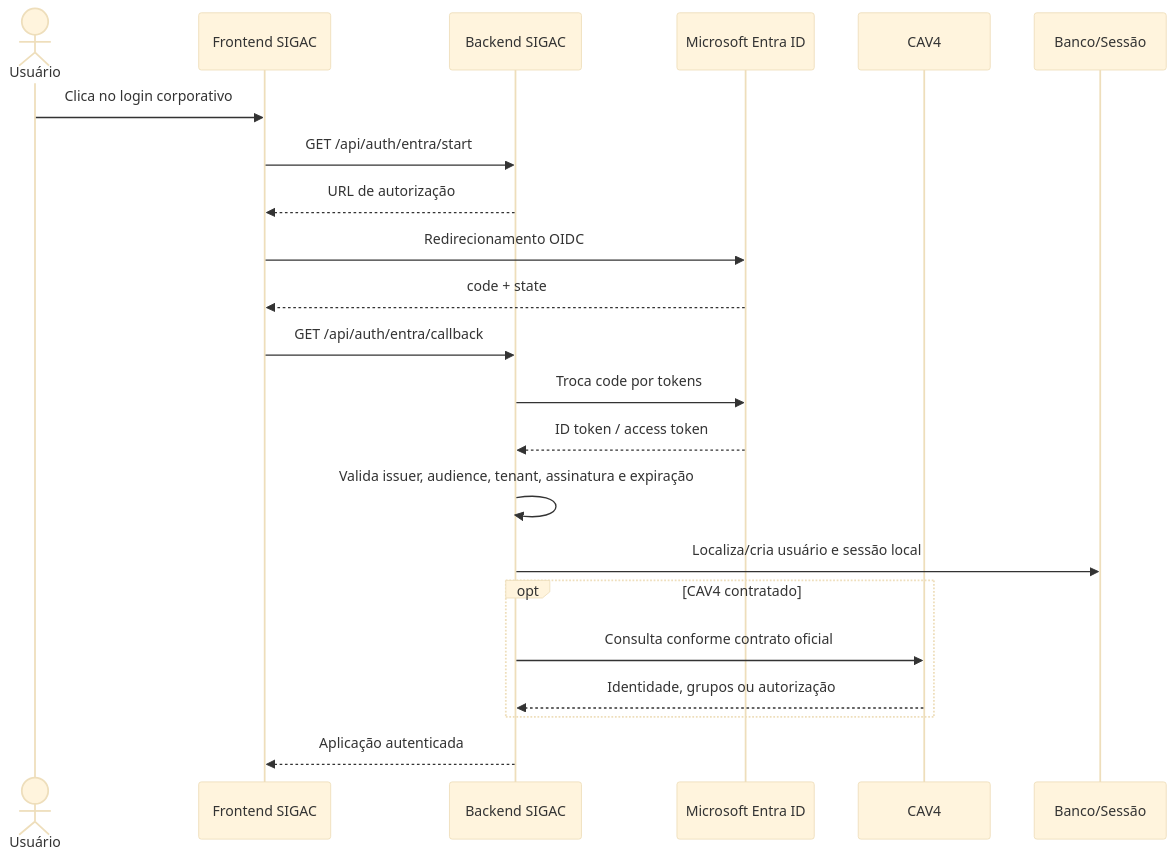
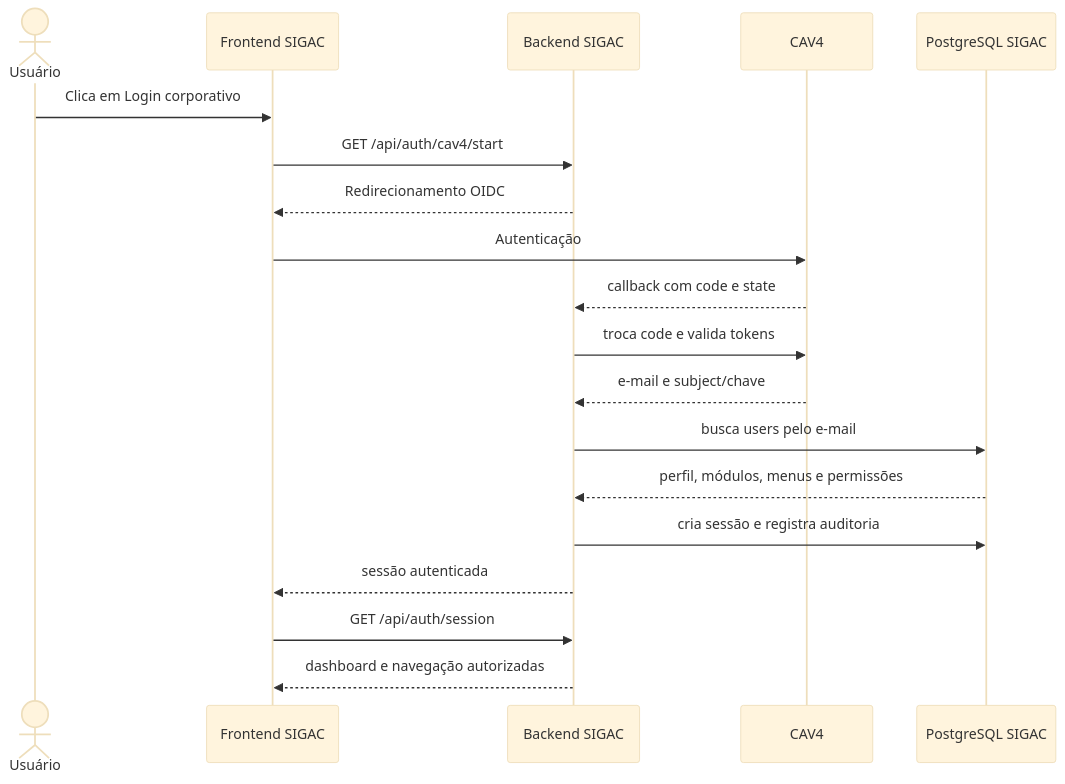
The diagram in docs/integracao-login-corporativo-cav4-entraid.md (tecnologiawebnetsystem/armazenamento_cientifico), drawn with Mermaid (base theme) before and after one commit. The commit also changed other lines of this file and 4 other files, not shown here.

````diff
--- a/docs/integracao-login-corporativo-cav4-entraid.md
+++ b/docs/integracao-login-corporativo-cav4-entraid.md
@@ -13,24 +24,21 @@
 ```mermaid
 sequenceDiagram
   actor U as Usuário
   participant F as Frontend SIGAC
   participant B as Backend SIGAC
-  participant E as Microsoft Entra ID
   participant C as CAV4
-  participant D as Banco/Sessão
-  U->>F: Clica no login corporativo
-  F->>B: GET /api/auth/entra/start
-  B-->>F: URL de autorização
-  F->>E: Redirecionamento OIDC
-  E-->>F: code + state
-  F->>B: GET /api/auth/entra/callback
-  B->>E: Troca code por tokens
-  E-->>B: ID token / access token
-  B->>B: Valida issuer, audience, tenant, assinatura e expiração
-  B->>D: Localiza/cria usuário e sessão local
-  opt CAV4 contratado
-    B->>C: Consulta conforme contrato oficial
-    C-->>B: Identidade, grupos ou autorização
-  end
-  B-->>F: Aplicação autenticada
+  participant D as PostgreSQL SIGAC
+  U->>F: Clica em Login corporativo
+  F->>B: GET /api/auth/cav4/start
+  B-->>F: Redirecionamento OIDC
+  F->>C: Autenticação
+  C-->>B: callback com code e state
+  B->>C: troca code e valida tokens
+  C-->>B: e-mail e subject/chave
+  B->>D: busca users pelo e-mail
+  D-->>B: perfil, módulos, menus e permissões
+  B->>D: cria sessão e registra auditoria
+  B-->>F: sessão autenticada
+  F->>B: GET /api/auth/session
+  B-->>F: dashboard e navegação autorizadas
 ```
````
